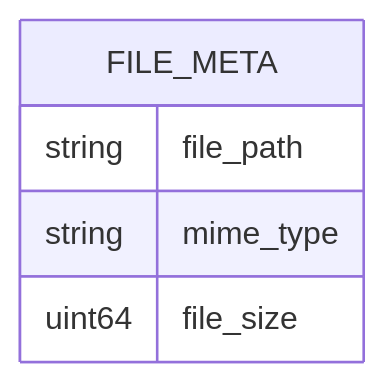
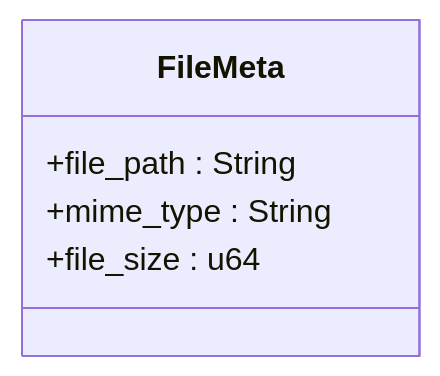
One commit to runningcoders/ai_orz changed the sixth of 7 diagrams in docs/wiki/zh/content/数据模型/系统模型/系统模型.md. Above: the diagram before and after it, drawn with Mermaid. The commit also changed other lines of this file and 37 other files, not shown here.

````diff
--- a/docs/wiki/zh/content/数据模型/系统模型/系统模型.md
+++ b/docs/wiki/zh/content/数据模型/系统模型/系统模型.md
@@ -292,8 +302,8 @@
 ```mermaid
-erDiagram
-FILE_META {
-string file_path
-string mime_type
-uint64 file_size
+classDiagram
+class FileMeta {
++file_path : String
++mime_type : String
++file_size : u64
 }
 ```
````
